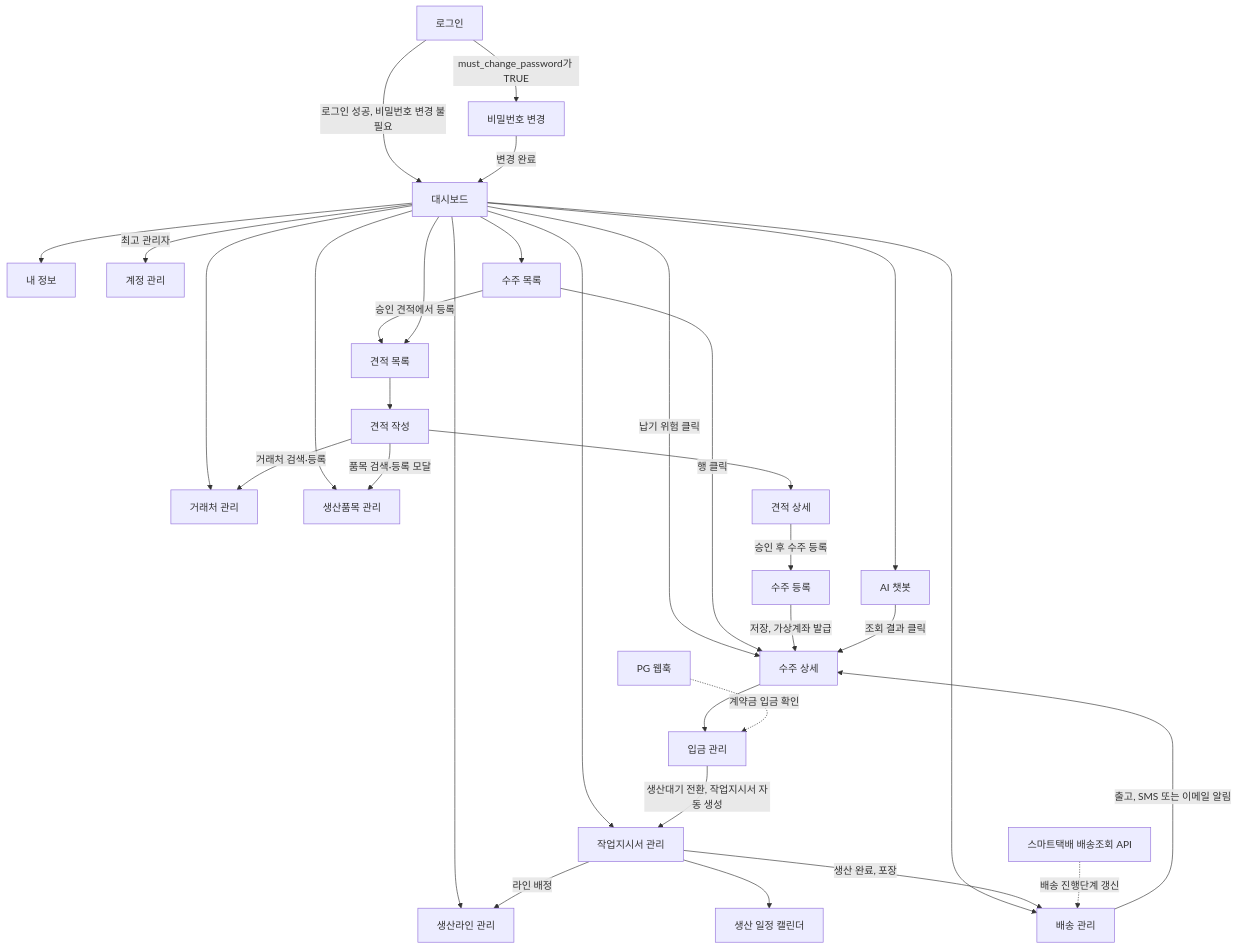
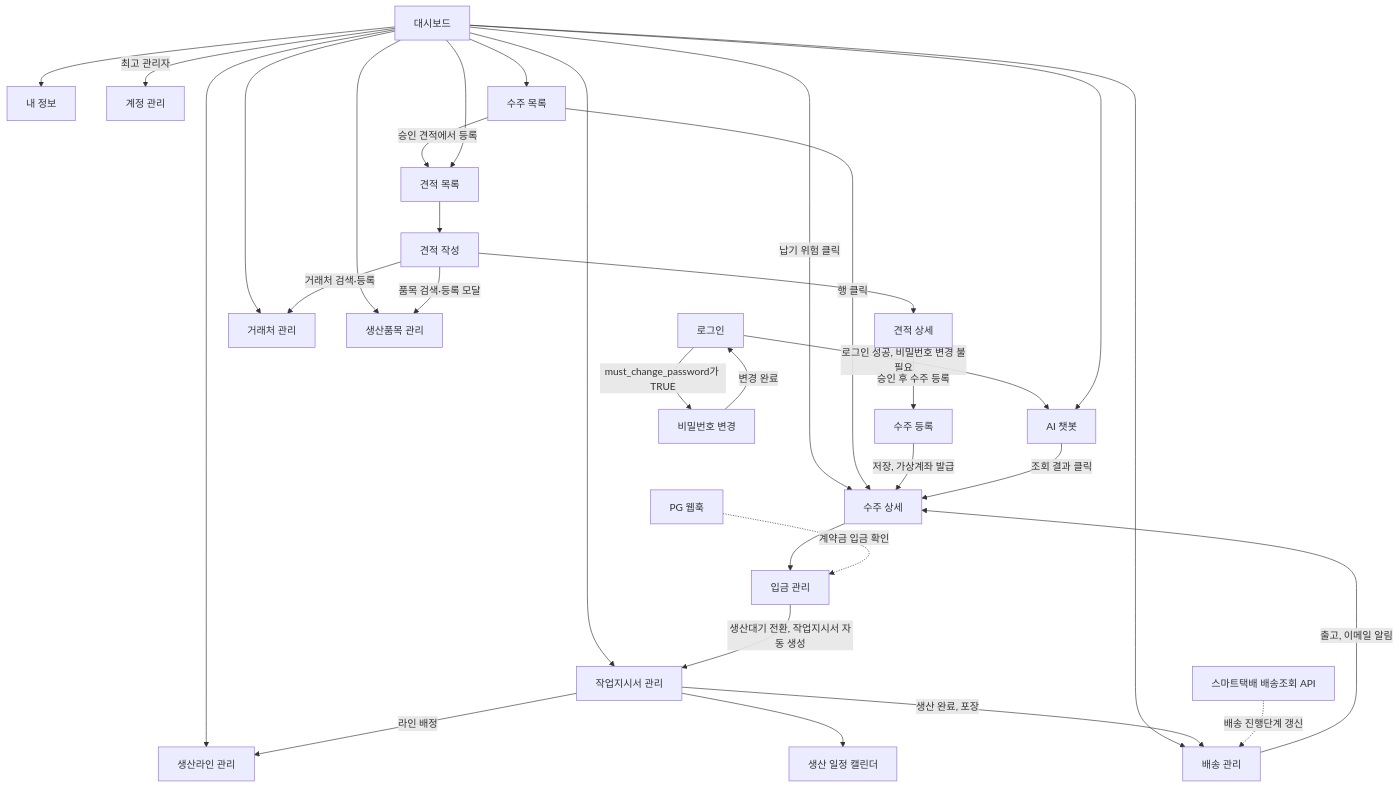
Before and after one commit to likelion-backend-25th/PRODFLOW: the diagram in docs/02_design/03_ui_wireframe.md, drawn with Mermaid.

Commit message:
Update UI wireframe for login and shipments flow

````diff
--- a/docs/02_design/03_ui_wireframe.md
+++ b/docs/02_design/03_ui_wireframe.md
@@ -983,51 +983,51 @@
 ```mermaid
 flowchart TD
     Login["로그인"]
     Dashboard["대시보드"]
     Me["내 정보"]
     Users["계정 관리"]
     Clients["거래처 관리"]
     Products["생산품목 관리"]
     Orders["수주 목록"]
     OrderNew["수주 등록"]
     OrderDetail["수주 상세"]
     Payments["입금 관리"]
     WorkOrders["작업지시서 관리"]
     Lines["생산라인 관리"]
     Calendar["생산 일정 캘린더"]
     Shipments["배송 관리"]
     AiChat["AI 챗봇"]
     PG["PG 웹훅"]
     Tracker["스마트택배 배송조회 API"]
-    Login -->|로그인 성공, 비밀번호 변경 불필요| Dashboard
+    Login -->|로그인 성공, 비밀번호 변경 불필요| AiChat
     Login -->|must_change_password가 TRUE| ChangePassword["비밀번호 변경"]
-    ChangePassword -->|변경 완료| Dashboard
+    ChangePassword -->|변경 완료| Login
     Dashboard --> Me
     Dashboard -->|최고 관리자| Users
     Dashboard --> Clients
     Dashboard --> Products
     Dashboard --> Orders
     Dashboard --> WorkOrders
     Dashboard --> Lines
     Dashboard --> Shipments
     Dashboard --> AiChat
     Dashboard -->|납기 위험 클릭| OrderDetail
     Orders -->|승인 견적에서 등록| Quotations
     Orders -->|행 클릭| OrderDetail
     Dashboard --> Quotations["견적 목록"]
     Quotations --> QuotationNew["견적 작성"]
     QuotationNew -->|거래처 검색·등록| Clients
     QuotationNew -->|품목 검색·등록 모달| Products
     QuotationNew --> QuotationDetail["견적 상세"]
     QuotationDetail -->|승인 후 수주 등록| OrderNew
     OrderNew -->|저장, 가상계좌 발급| OrderDetail
     OrderDetail --> Payments
     PG -.->|계약금 입금 확인| Payments
     Payments -->|생산대기 전환, 작업지시서 자동 생성| WorkOrders
     WorkOrders -->|라인 배정| Lines
     WorkOrders --> Calendar
     WorkOrders -->|생산 완료, 포장| Shipments
-    Shipments -->|출고, SMS 또는 이메일 알림| OrderDetail
+    Shipments -->|출고, 이메일 알림| OrderDetail
     Tracker -.->|배송 진행단계 갱신| Shipments
     AiChat -->|조회 결과 클릭| OrderDetail
 ```
````
